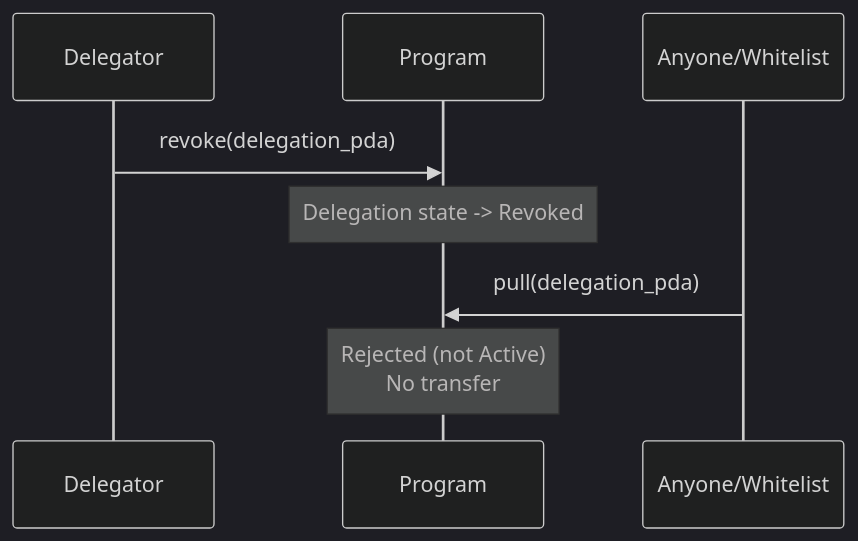
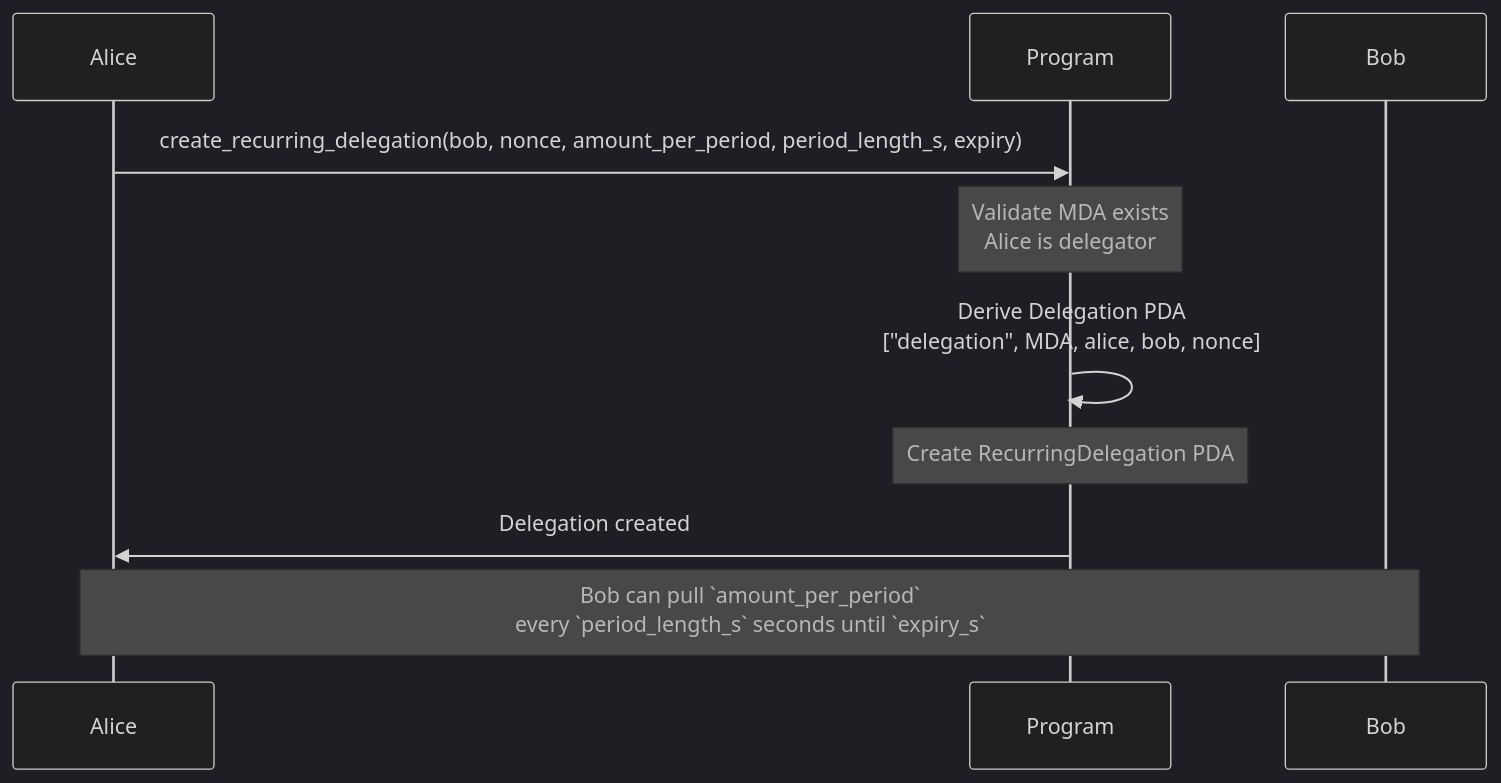
Before and after one commit to solana-program/multi-delegator: the fourth of 6 diagrams in docs/001-multi-delegator-architecture.md, drawn with Mermaid (dark theme). The commit also changed other lines of this file and 1 other file, not shown here.

First line of the commit message:
feat: ADR-001 open questions for delegation transfer design (#14)

````diff
--- a/docs/001-multi-delegator-architecture.md
+++ b/docs/001-multi-delegator-architecture.md
@@ -326,12 +84,15 @@
 ```mermaid
 sequenceDiagram
-    participant U as Delegator
+    participant A as Alice
     participant P as Program
-    participant X as Anyone/Whitelist
+    participant B as Bob
 
-    U->>P: revoke(delegation_pda)
-    Note over P: Delegation state -> Revoked
+    A->>P: create_recurring_delegation(bob, nonce, amount_per_period, period_length_s, expiry)
+    Note over P: Validate MDA exists<br/>Alice is delegator
 
-    X->>P: pull(delegation_pda)
-    Note over P: Rejected (not Active)<br/>No transfer
+    P->>P: Derive Delegation PDA<br/>["delegation", MDA, alice, bob, nonce]
+    Note over P: Create RecurringDelegation PDA
+    P->>A: Delegation created
+
+    Note over A,B: Bob can pull `amount_per_period`<br/>every `period_length_s` seconds until `expiry_s`
 ```
````
